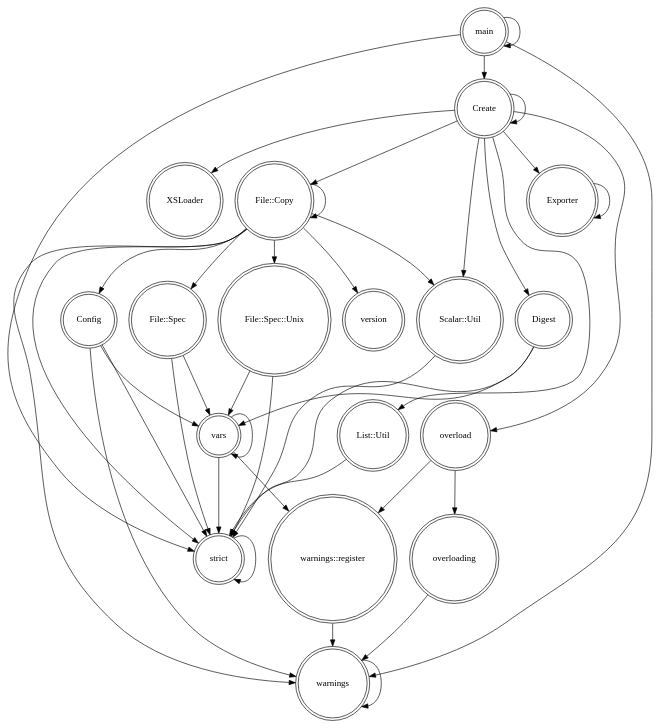
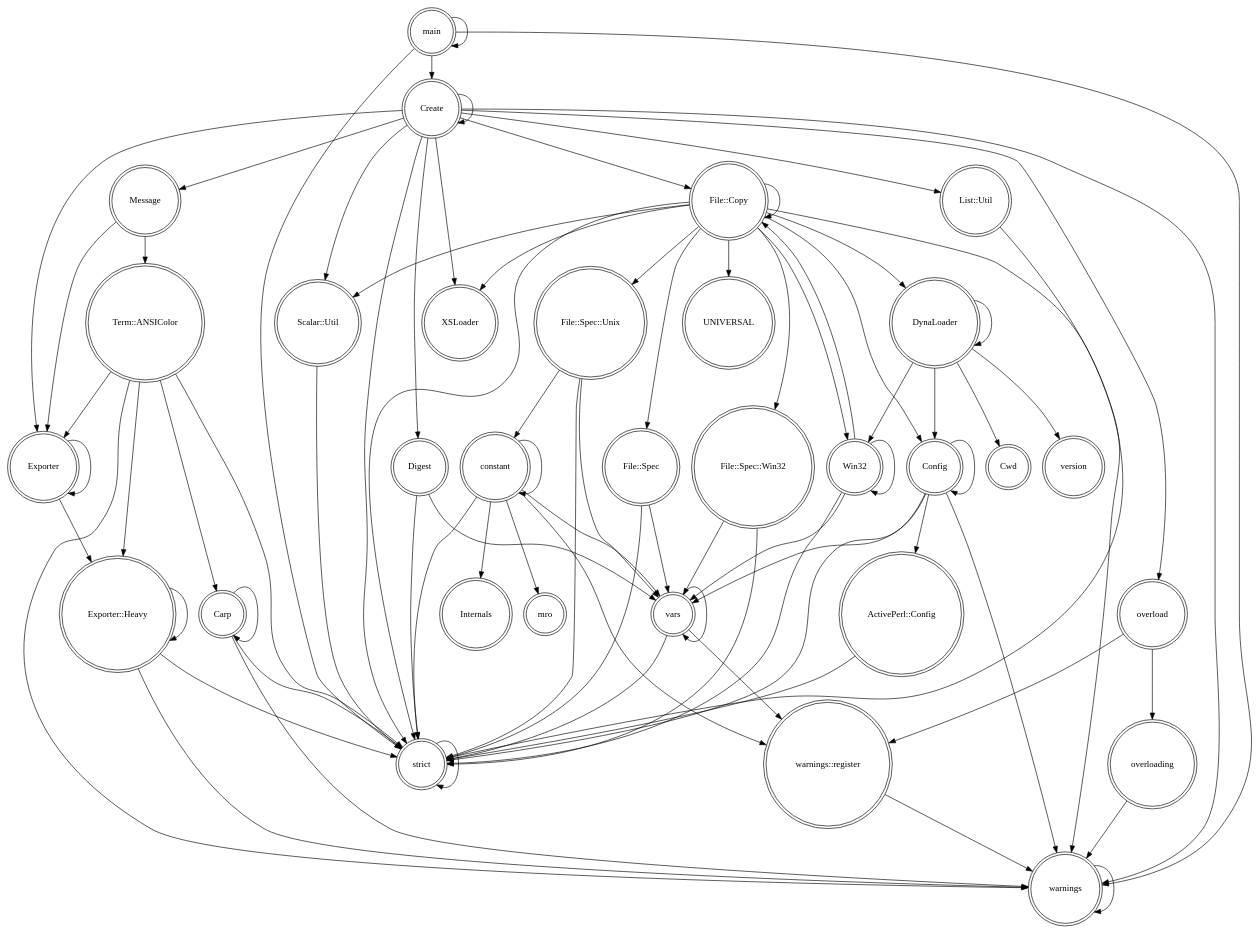
One commit to VPatrick/PerlArchiver changed the diagram in Profiling Ergebnisse/Create_C/packages-callgraph.dot. Above: the diagram before and after it, drawn with Graphviz. The commit also changed 470 other files, not shown here.

```diff
--- a/Profiling Ergebnisse/Create_C/packages-callgraph.dot
+++ b/Profiling Ergebnisse/Create_C/packages-callgraph.dot
@@ -1,45 +1,87 @@
 digraph {
 graph [overlap=false]
 node [shape=doublecircle];
+"Create" -> "List::Util";
+"overloading" -> "warnings";
+"Exporter" -> "Exporter";
+"main" -> "strict";
+"Term::ANSIColor" -> "warnings";
+"File::Copy" -> "strict";
+"List::Util" -> "strict";
+"Win32" -> "vars";
+"File::Spec" -> "vars";
+"Config" -> "Config";
+"vars" -> "strict";
+"ActivePerl::Config" -> "strict";
+"DynaLoader" -> "Win32";
 "main" -> "Create";
+"Term::ANSIColor" -> "Carp";
+"File::Copy" -> "File::Spec::Unix";
+"Create" -> "XSLoader";
+"Create" -> "overload";
+"constant" -> "Internals";
+"strict" -> "strict";
+"Digest" -> "vars";
+"main" -> "warnings";
+"Create" -> "File::Copy";
+"warnings::register" -> "warnings";
+"Config" -> "strict";
+"Create" -> "warnings";
+"File::Spec::Unix" -> "constant";
+"Exporter" -> "Exporter::Heavy";
+"File::Copy" -> "File::Spec";
+"DynaLoader" -> "Config";
+"File::Spec::Win32" -> "strict";
+"Exporter::Heavy" -> "warnings";
+"constant" -> "mro";
+"DynaLoader" -> "Cwd";
+"Win32" -> "Win32";
+"File::Spec" -> "strict";
+"constant" -> "strict";
+"Term::ANSIColor" -> "Exporter";
+"File::Spec::Unix" -> "vars";
+"DynaLoader" -> "version";
+"File::Copy" -> "DynaLoader";
+"Term::ANSIColor" -> "Exporter::Heavy";
+"File::Spec::Unix" -> "strict";
+"Message" -> "Exporter";
+"Carp" -> "strict";
+"Message" -> "Term::ANSIColor";
+"overload" -> "warnings::register";
+"Carp" -> "warnings";
+"Win32" -> "strict";
+"File::Copy" -> "warnings";
+"Config" -> "ActivePerl::Config";
+"Config" -> "warnings";
+"Create" -> "Create";
+"File::Copy" -> "File::Spec::Win32";
+"Win32" -> "File::Copy";
+"constant" -> "vars";
+"Create" -> "strict";
+"File::Copy" -> "File::Copy";
+"constant" -> "warnings::register";
+"File::Copy" -> "Config";
+"DynaLoader" -> "DynaLoader";
+"warnings" -> "warnings";
+"vars" -> "warnings::register";
+"Create" -> "Digest";
+"Carp" -> "Carp";
+"File::Copy" -> "UNIVERSAL";
+"Digest" -> "strict";
+"File::Copy" -> "Win32";
+"File::Copy" -> "Scalar::Util";
+"vars" -> "vars";
+"overload" -> "overloading";
+"Exporter::Heavy" -> "strict";
+"main" -> "main";
+"File::Copy" -> "XSLoader";
+"constant" -> "constant";
+"Exporter::Heavy" -> "Exporter::Heavy";
+"File::Spec::Win32" -> "vars";
+"Term::ANSIColor" -> "strict";
 "Scalar::Util" -> "strict";
-"warnings" -> "warnings";
-"Digest" -> "strict";
-"File::Copy" -> "File::Copy";
-"File::Copy" -> "File::Spec::Unix";
-"Exporter" -> "Exporter";
-"Create" -> "List::Util";
-"vars" -> "warnings::register";
-"File::Spec" -> "vars";
-"main" -> "warnings";
-"File::Copy" -> "warnings";
-"main" -> "main";
-"Digest" -> "vars";
-"File::Spec::Unix" -> "vars";
-"Config" -> "strict";
-"File::Spec::Unix" -> "strict";
-"File::Copy" -> "File::Spec";
-"Create" -> "File::Copy";
+"Config" -> "vars";
+"Create" -> "Message";
 "Create" -> "Scalar::Util";
-"Config" -> "warnings";
-"File::Copy" -> "Scalar::Util";
-"overload" -> "warnings::register";
-"File::Copy" -> "strict";
-"Create" -> "XSLoader";
-"warnings::register" -> "warnings";
-"Create" -> "overload";
-"File::Copy" -> "Config";
-"main" -> "strict";
-"vars" -> "strict";
-"overload" -> "overloading";
-"Config" -> "vars";
-"File::Spec" -> "strict";
-"File::Copy" -> "version";
-"strict" -> "strict";
-"vars" -> "vars";
-"overloading" -> "warnings";
 "Create" -> "Exporter";
-"Create" -> "Digest";
-"List::Util" -> "strict";
-"Create" -> "Create";
 }
```
